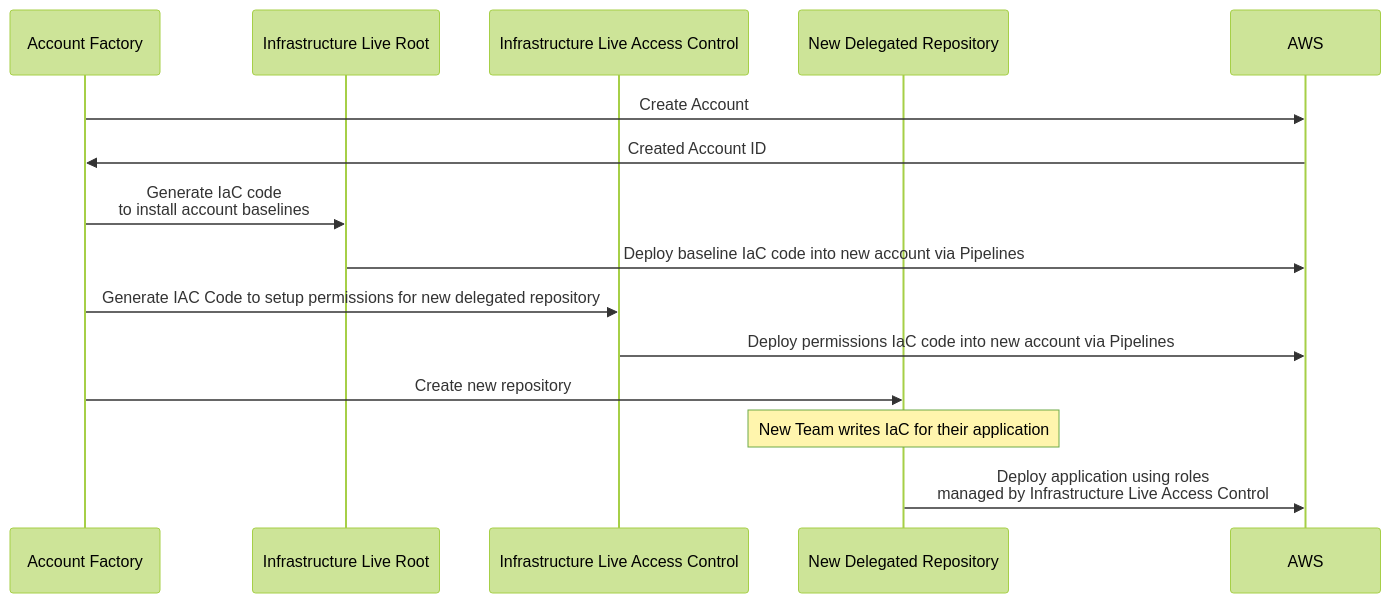
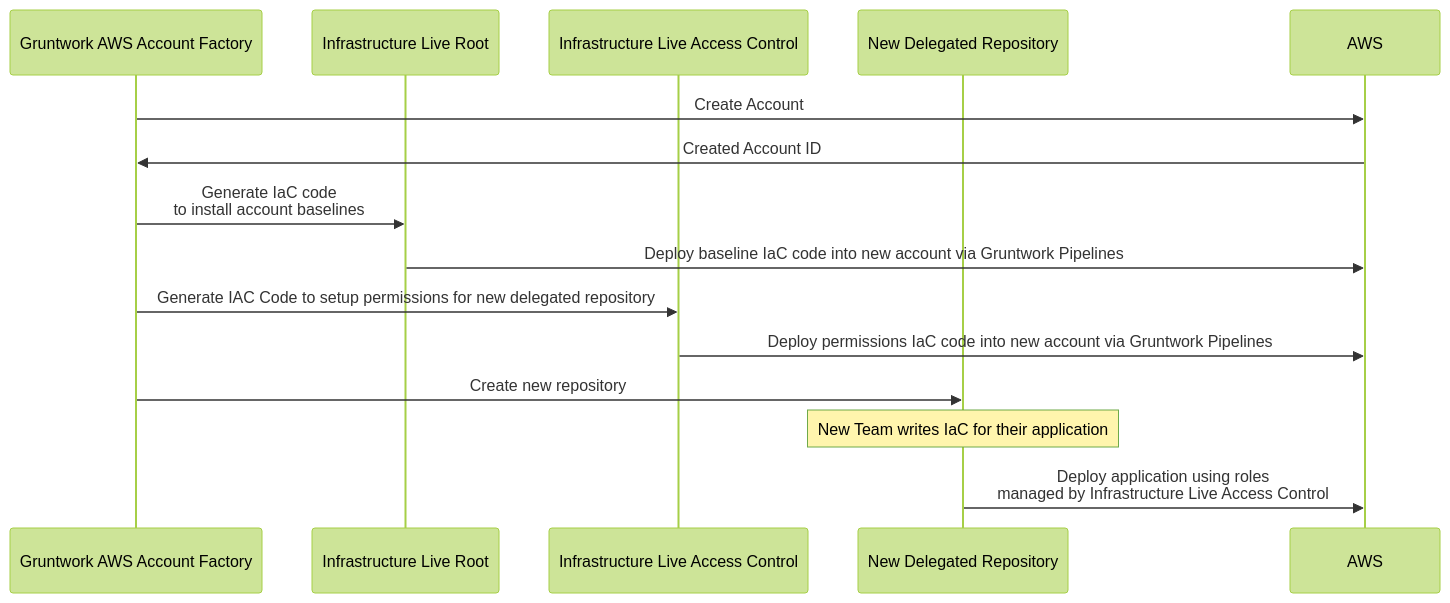
One commit to gruntwork-io/docs changed the diagram in docs/2.0/docs/accountfactory/concepts/delegated-repositories.md. Above: the diagram before and after it, drawn with Mermaid (forest theme). The commit also changed other lines of this file and 34 other files, not shown here.

````diff
--- a/docs/2.0/docs/accountfactory/concepts/delegated-repositories.md
+++ b/docs/2.0/docs/accountfactory/concepts/delegated-repositories.md
@@ -30,18 +30,18 @@
 ```mermaid
 sequenceDiagram
-  participant Account Factory
+  participant Gruntwork AWS Account Factory
   participant Infrastructure Live Root
   participant Infrastructure Live Access Control
   participant New Delegated Repository
   participant AWS
-  Account Factory->>AWS: Create Account
-  AWS->>Account Factory: Created Account ID
-  Account Factory->>Infrastructure Live Root: Generate IaC code <br />to install account baselines
-  Infrastructure Live Root->>AWS: Deploy baseline IaC code into new account via Pipelines
-  Account Factory->>Infrastructure Live Access Control: Generate IAC Code to setup permissions for new delegated repository
-  Infrastructure Live Access Control->>AWS: Deploy permissions IaC code into new account via Pipelines
-  Account Factory->>New Delegated Repository: Create new repository
+  Gruntwork AWS Account Factory->>AWS: Create Account
+  AWS->>Gruntwork AWS Account Factory: Created Account ID
+  Gruntwork AWS Account Factory->>Infrastructure Live Root: Generate IaC code <br />to install account baselines
+  Infrastructure Live Root->>AWS: Deploy baseline IaC code into new account via Gruntwork Pipelines
+  Gruntwork AWS Account Factory->>Infrastructure Live Access Control: Generate IAC Code to setup permissions for new delegated repository
+  Infrastructure Live Access Control->>AWS: Deploy permissions IaC code into new account via Gruntwork Pipelines
+  Gruntwork AWS Account Factory->>New Delegated Repository: Create new repository
   Note over New Delegated Repository: New Team writes IaC for their application
   New Delegated Repository->>AWS: Deploy application using roles<br /> managed by Infrastructure Live Access Control
 
 ```
````
